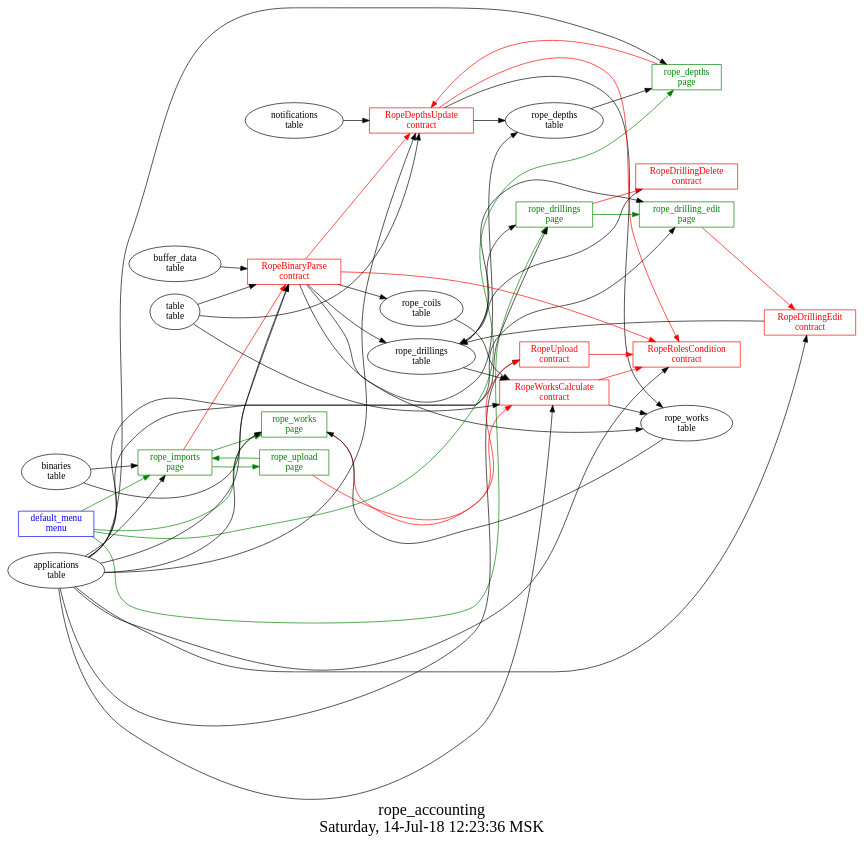
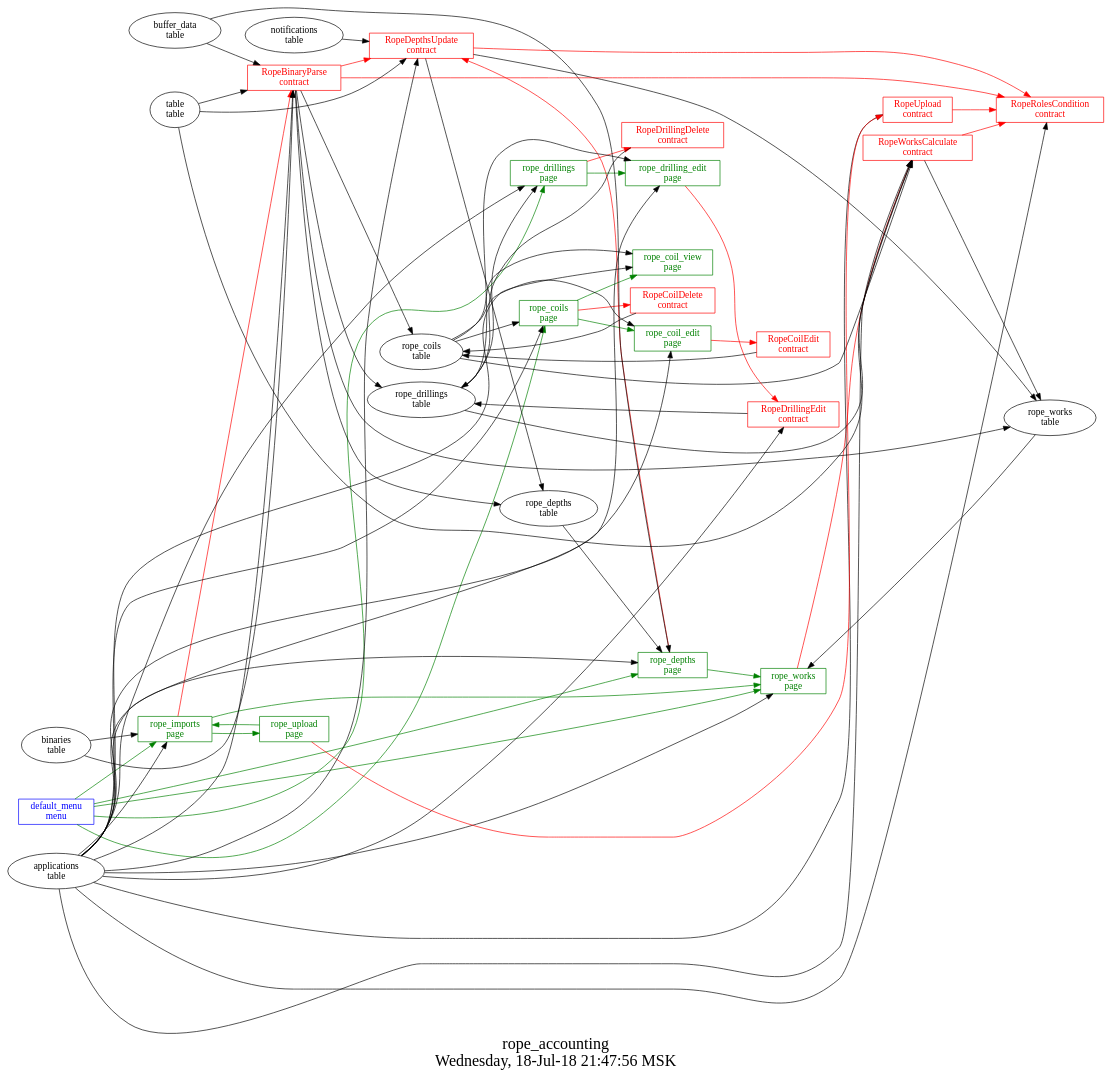
One commit to AplaProject/apps changed the diagram in src/rope_accounting/struct.dot. Above: the diagram before and after it, drawn with Graphviz. The commit also changed 12 other files, not shown here.

```diff
--- a/src/rope_accounting/struct.dot
+++ b/src/rope_accounting/struct.dot
@@ -1,80 +1,100 @@
 digraph G {
 graph [
   fontsize="24";
-  label="rope_accounting\nSaturday, 14-Jul-18 12:23:36 MSK";
+  label="rope_accounting\nWednesday, 18-Jul-18 21:47:56 MSK";
   nojustify=true;
   ordering=out;
   rankdir=LR;
   size="30";
 ];
 "default_menu\nmenu" -> "rope_imports\npage"  [ color=green ]
 "default_menu\nmenu" -> "rope_works\npage"  [ color=green ]
 "default_menu\nmenu" -> "rope_depths\npage"  [ color=green ]
 "default_menu\nmenu" -> "rope_drillings\npage"  [ color=green ]
+"default_menu\nmenu" -> "rope_coils\npage"  [ color=green ]
 "default_menu\nmenu" [color=blue, fontcolor=blue, group=menus, shape=record];
+"rope_coil_edit\npage" -> "RopeCoilEdit\ncontract"  [ color=red ]
+"applications\ntable" -> "rope_coil_edit\npage"
+"rope_coils\ntable" -> "rope_coil_edit\npage"
+"rope_coil_edit\npage" [color=green, fontcolor=green, group=pages, shape=record];
+"applications\ntable" -> "rope_coil_view\npage"
+"rope_coils\ntable" -> "rope_coil_view\npage"
+"rope_coil_view\npage" [color=green, fontcolor=green, group=pages, shape=record];
+"rope_coils\npage" -> "RopeCoilDelete\ncontract"  [ color=red ]
+"applications\ntable" -> "rope_coils\npage"
+"rope_coils\ntable" -> "rope_coils\npage"
+"rope_coils\npage" -> "rope_coil_edit\npage"  [ color=green ]
+"rope_coils\npage" -> "rope_coil_view\npage"  [ color=green ]
+"rope_coils\npage" [color=green, fontcolor=green, group=pages, shape=record];
 "rope_depths\npage" -> "RopeDepthsUpdate\ncontract"  [ color=red ]
 "applications\ntable" -> "rope_depths\npage"
 "rope_depths\ntable" -> "rope_depths\npage"
+"buffer_data\ntable" -> "rope_depths\npage"
+"rope_depths\npage" -> "rope_works\npage"  [ color=green ]
 "rope_depths\npage" [color=green, fontcolor=green, group=pages, shape=record];
 "rope_drilling_edit\npage" -> "RopeDrillingEdit\ncontract"  [ color=red ]
 "applications\ntable" -> "rope_drilling_edit\npage"
 "rope_drillings\ntable" -> "rope_drilling_edit\npage"
 "rope_drilling_edit\npage" [color=green, fontcolor=green, group=pages, shape=record];
 "rope_drillings\npage" -> "RopeDrillingDelete\ncontract"  [ color=red ]
 "applications\ntable" -> "rope_drillings\npage"
 "rope_drillings\ntable" -> "rope_drillings\npage"
 "rope_drillings\npage" -> "rope_drilling_edit\npage"  [ color=green ]
 "rope_drillings\npage" [color=green, fontcolor=green, group=pages, shape=record];
 "rope_imports\npage" -> "RopeBinaryParse\ncontract"  [ color=red ]
 "applications\ntable" -> "rope_imports\npage"
 "binaries\ntable" -> "rope_imports\npage"
 "rope_imports\npage" -> "rope_works\npage"  [ color=green ]
 "rope_imports\npage" -> "rope_upload\npage"  [ color=green ]
 "rope_imports\npage" [color=green, fontcolor=green, group=pages, shape=record];
 "rope_upload\npage" -> "RopeUpload\ncontract"  [ color=red ]
 "rope_upload\npage" -> "rope_imports\npage"  [ color=green ]
 "rope_upload\npage" [color=green, fontcolor=green, group=pages, shape=record];
 "rope_works\npage" -> "RopeWorksCalculate\ncontract"  [ color=red ]
 "applications\ntable" -> "rope_works\npage"
 "rope_works\ntable" -> "rope_works\npage"
 "rope_works\npage" [color=green, fontcolor=green, group=pages, shape=record];
 "RopeBinaryParse\ncontract" -> "RopeDepthsUpdate\ncontract"  [ color=red ]
 "RopeBinaryParse\ncontract" -> "RopeRolesCondition\ncontract"  [ color=red ]
 "RopeBinaryParse\ncontract" -> "rope_coils\ntable"  [ color="" ]
 "RopeBinaryParse\ncontract" -> "rope_drillings\ntable"  [ color="" ]
 "RopeBinaryParse\ncontract" -> "rope_works\ntable"  [ color="" ]
 "RopeBinaryParse\ncontract" -> "rope_depths\ntable"  [ color="" ]
 "table\ntable" -> "RopeBinaryParse\ncontract"
 "buffer_data\ntable" -> "RopeBinaryParse\ncontract"
 "binaries\ntable" -> "RopeBinaryParse\ncontract"
 "applications\ntable" -> "RopeBinaryParse\ncontract"
 "RopeBinaryParse\ncontract" [color=red, fontcolor=red, group=contracts, shape=record];
+"RopeCoilDelete\ncontract" -> "rope_coils\ntable"  [ color="" ]
+"RopeCoilDelete\ncontract" [color=red, fontcolor=red, group=contracts, shape=record];
+"RopeCoilEdit\ncontract" -> "rope_coils\ntable"  [ color="" ]
+"RopeCoilEdit\ncontract" [color=red, fontcolor=red, group=contracts, shape=record];
 "RopeDepthsUpdate\ncontract" -> "RopeRolesCondition\ncontract"  [ color=red ]
 "RopeDepthsUpdate\ncontract" -> "rope_works\ntable"  [ color="" ]
 "RopeDepthsUpdate\ncontract" -> "rope_depths\ntable"  [ color="" ]
 "table\ntable" -> "RopeDepthsUpdate\ncontract"
 "notifications\ntable" -> "RopeDepthsUpdate\ncontract"
 "applications\ntable" -> "RopeDepthsUpdate\ncontract"
 "RopeDepthsUpdate\ncontract" [color=red, fontcolor=red, group=contracts, shape=record];
 "RopeDrillingDelete\ncontract" -> "rope_drillings\ntable"  [ color="" ]
 "RopeDrillingDelete\ncontract" [color=red, fontcolor=red, group=contracts, shape=record];
 "RopeDrillingEdit\ncontract" -> "rope_drillings\ntable"  [ color="" ]
 "applications\ntable" -> "RopeDrillingEdit\ncontract"
 "RopeDrillingEdit\ncontract" [color=red, fontcolor=red, group=contracts, shape=record];
 "applications\ntable" -> "RopeRolesCondition\ncontract"
 "RopeRolesCondition\ncontract" [color=red, fontcolor=red, group=contracts, shape=record];
 "RopeUpload\ncontract" -> "RopeRolesCondition\ncontract"  [ color=red ]
 "applications\ntable" -> "RopeUpload\ncontract"
 "RopeUpload\ncontract" [color=red, fontcolor=red, group=contracts, shape=record];
 "RopeWorksCalculate\ncontract" -> "RopeRolesCondition\ncontract"  [ color=red ]
 "RopeWorksCalculate\ncontract" -> "rope_works\ntable"  [ color="" ]
 "table\ntable" -> "RopeWorksCalculate\ncontract"
 "applications\ntable" -> "RopeWorksCalculate\ncontract"
 "rope_coils\ntable" -> "RopeWorksCalculate\ncontract"
 "rope_drillings\ntable" -> "RopeWorksCalculate\ncontract"
 "RopeWorksCalculate\ncontract" [color=red, fontcolor=red, group=contracts, shape=record];
 "rope_coils\ntable" [color="", fontcolor="", group=tables, shape=""];
 "rope_depths\ntable" [color="", fontcolor="", group=tables, shape=""];
 "rope_drillings\ntable" [color="", fontcolor="", group=tables, shape=""];
 "rope_works\ntable" [color="", fontcolor="", group=tables, shape=""];
 }
```
